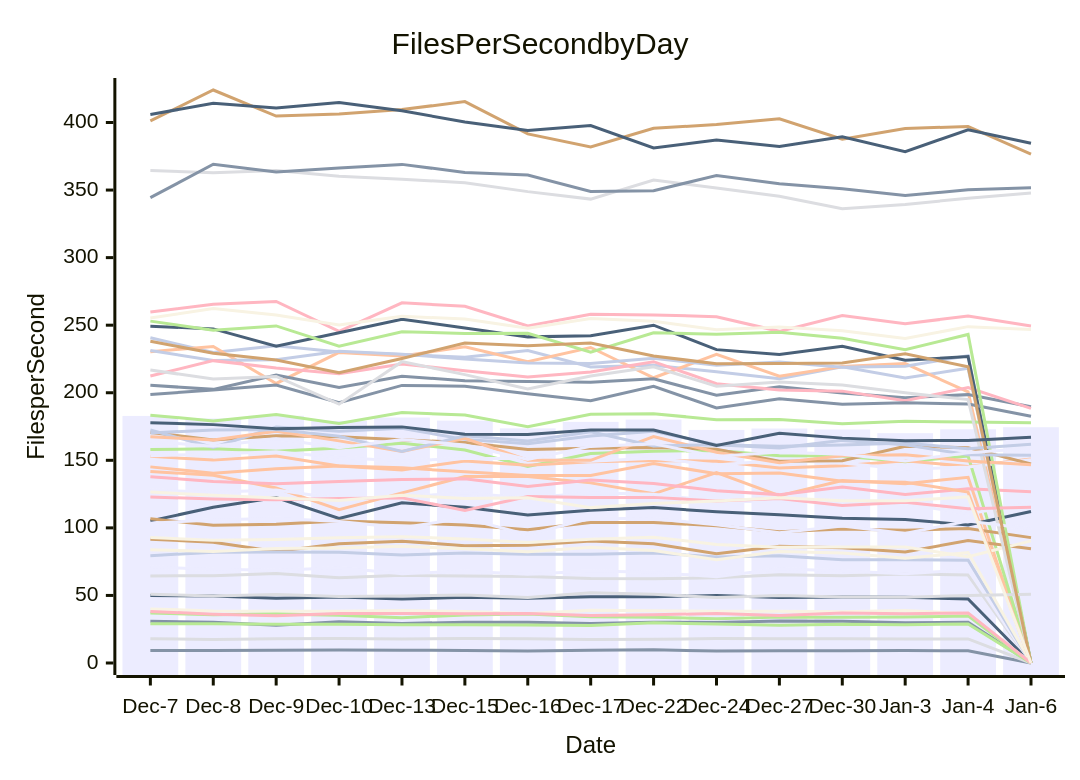
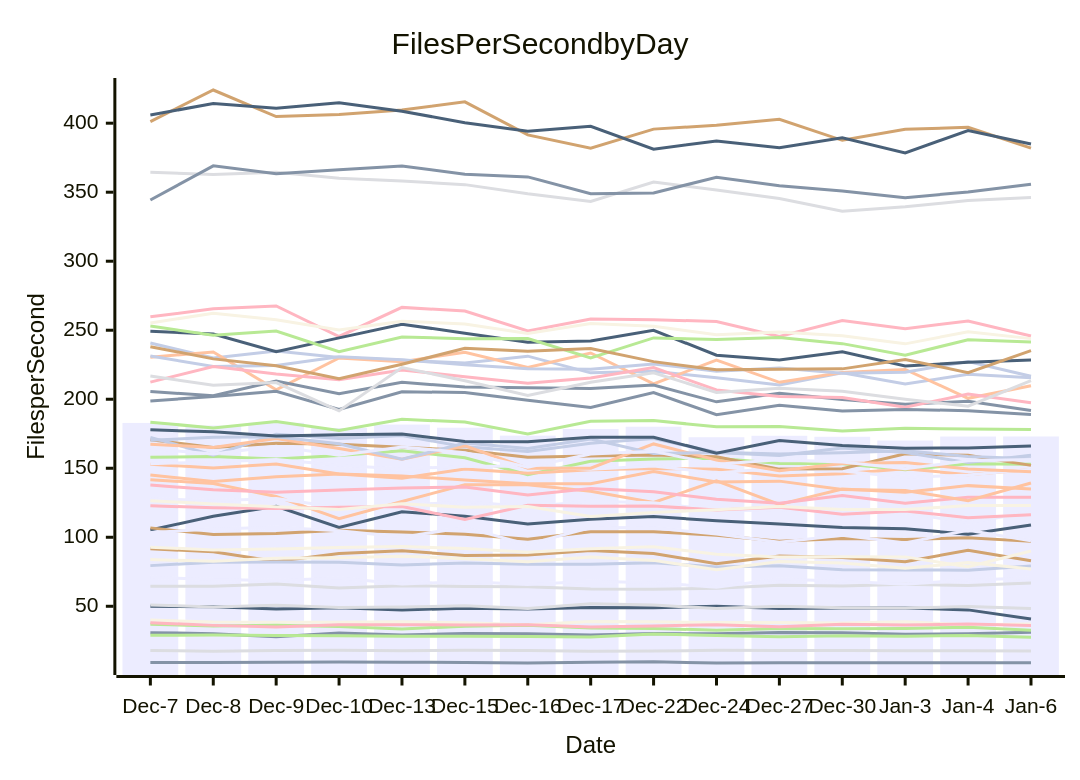
Before and after one commit to streetsidesoftware/cspell: the diagram in perf-report.md, drawn with Mermaid. The commit also changed other lines of this file and 1 other file, not shown here.

````diff
--- a/perf-report.md
+++ b/perf-report.md
@@ -10,57 +10,57 @@
 ```mermaid
 xychart-beta
     title Files Per Second by Day
     y-axis Files per Second
     x-axis Date [Dec-7, Dec-8, Dec-9, Dec-10, Dec-13, Dec-15, Dec-16, Dec-17, Dec-22, Dec-24, Dec-27, Dec-30, Jan-3, Jan-4, Jan-6]
-    bar [182.83, 180.95, 182.95, 179.19, 181.65, 179.36, 173.64, 178.43, 180.09, 172.48, 173.54, 172.79, 170.07, 172.98, 174.50]
-    line [9.24, 9.33, 9.47, 9.61, 9.47, 9.27, 8.94, 9.45, 9.78, 8.90, 9.07, 9.12, 9.16, 9.11, 0.00]
-    line [141.72, 138.92, 129.58, 113.42, 125.88, 138.00, 137.98, 133.31, 125.20, 140.89, 123.76, 134.99, 132.64, 137.41, 0.00]
-    line [64.46, 64.51, 66.15, 63.18, 64.91, 64.35, 64.10, 62.51, 62.39, 63.01, 65.26, 64.66, 65.89, 65.11, 0.00]
-    line [157.97, 158.53, 156.72, 159.18, 162.67, 157.64, 145.39, 155.01, 156.77, 157.19, 153.46, 153.21, 148.91, 153.20, 0.00]
-    line [401.19, 424.05, 404.78, 406.35, 409.54, 415.50, 391.53, 381.89, 395.71, 398.52, 402.79, 387.60, 395.60, 397.05, 376.56]
-    line [240.69, 229.87, 234.86, 230.17, 228.31, 226.27, 231.21, 219.13, 220.31, 215.56, 210.39, 219.17, 210.98, 218.13, 0.00]
-    line [137.92, 134.36, 132.66, 134.27, 135.78, 136.38, 130.55, 135.39, 132.89, 127.54, 124.61, 130.19, 124.72, 128.97, 126.66]
-    line [49.98, 49.59, 47.97, 48.84, 47.30, 48.59, 47.94, 49.07, 48.96, 49.98, 48.46, 48.82, 48.74, 47.38, 0.00]
-    line [39.98, 38.54, 38.36, 38.36, 38.81, 38.12, 36.63, 38.97, 38.70, 38.32, 38.26, 37.85, 38.77, 36.54, 0.00]
-    line [71.06, 69.32, 68.69, 70.43, 66.11, 67.91, 65.71, 68.06, 67.11, 63.78, 69.83, 68.15, 65.99, 69.11, 0.00]
-    line [30.89, 30.17, 27.90, 30.55, 29.22, 30.21, 30.10, 29.27, 30.24, 30.04, 30.99, 30.88, 29.79, 30.12, 0.00]
-    line [230.39, 234.25, 206.87, 229.87, 227.19, 234.07, 222.96, 233.49, 211.10, 228.39, 212.27, 219.38, 221.60, 200.66, 0.00]
-    line [17.91, 17.46, 17.89, 18.13, 17.78, 18.13, 17.93, 17.37, 17.53, 18.08, 17.97, 17.93, 17.83, 17.83, 0.00]
-    line [36.91, 35.78, 36.33, 35.41, 33.56, 35.56, 36.21, 34.19, 33.89, 32.69, 33.95, 33.78, 33.96, 34.86, 0.00]
-    line [91.60, 89.44, 82.46, 88.30, 90.18, 86.83, 87.07, 90.37, 88.26, 80.81, 86.47, 85.34, 82.22, 90.61, 84.63]
-    line [231.28, 223.81, 224.38, 230.73, 228.56, 225.00, 222.02, 221.71, 225.51, 220.33, 222.69, 218.79, 219.63, 227.40, 0.00]
-    line [259.75, 265.50, 267.60, 245.47, 266.55, 263.96, 249.42, 258.13, 257.62, 256.30, 245.45, 257.10, 251.12, 256.72, 249.32]
-    line [105.20, 115.20, 122.48, 107.06, 118.54, 115.18, 109.59, 113.00, 115.03, 111.88, 109.68, 107.07, 106.25, 102.14, 112.15]
-    line [92.84, 90.85, 91.43, 92.60, 93.37, 91.85, 89.18, 91.59, 93.06, 87.76, 85.72, 85.81, 85.78, 78.64, 90.39]
-    line [127.97, 126.37, 128.11, 121.50, 122.96, 125.85, 122.14, 126.07, 124.95, 119.60, 119.43, 120.64, 117.82, 110.33, 118.61]
-    line [205.55, 202.50, 213.14, 203.97, 212.22, 208.88, 208.37, 207.77, 210.28, 198.12, 204.40, 199.78, 196.30, 198.61, 189.65]
-    line [152.95, 150.14, 153.13, 145.78, 142.78, 149.53, 146.32, 148.93, 149.89, 149.32, 144.39, 145.93, 149.70, 145.36, 151.05]
-    line [364.48, 362.78, 364.44, 360.18, 358.05, 355.49, 348.84, 343.31, 357.38, 351.53, 345.39, 336.17, 339.40, 343.93, 347.87]
-    line [183.39, 179.18, 183.86, 177.29, 185.44, 183.45, 174.84, 184.02, 184.52, 180.06, 180.25, 176.99, 178.92, 178.38, 177.88]
-    line [106.80, 101.95, 102.69, 105.10, 103.83, 102.19, 98.64, 104.01, 104.04, 101.53, 97.16, 99.08, 98.33, 99.60, 92.79]
-    line [79.45, 81.95, 82.06, 81.96, 79.96, 81.37, 80.53, 80.51, 81.49, 78.49, 79.44, 76.50, 76.34, 76.08, 0.00]
-    line [212.41, 223.76, 218.34, 214.11, 221.23, 216.34, 211.66, 215.40, 222.98, 206.68, 202.06, 201.20, 194.13, 203.79, 188.38]
-    line [249.28, 247.23, 234.36, 244.44, 254.37, 247.88, 241.35, 242.19, 249.98, 231.90, 228.38, 234.40, 224.05, 226.75, 0.00]
-    line [83.80, 82.54, 84.79, 85.17, 86.33, 84.51, 82.32, 85.67, 83.25, 76.44, 82.43, 81.41, 77.52, 81.68, 0.00]
-    line [153.33, 154.58, 156.25, 152.15, 149.54, 151.43, 151.38, 149.35, 151.56, 146.50, 150.10, 148.04, 143.32, 145.06, 150.39]
-    line [198.75, 201.98, 205.78, 192.58, 205.45, 204.82, 199.34, 194.10, 204.78, 188.75, 195.62, 191.45, 192.64, 191.68, 182.61]
-    line [145.14, 140.38, 143.82, 145.78, 144.45, 141.51, 138.80, 138.75, 147.65, 140.01, 140.67, 134.58, 133.84, 126.46, 0.00]
-    line [216.82, 210.15, 212.06, 191.55, 223.01, 213.39, 202.82, 212.32, 219.19, 204.86, 207.97, 205.76, 199.93, 194.96, 0.00]
-    line [253.00, 246.33, 249.46, 234.43, 245.12, 243.88, 243.97, 230.01, 244.43, 243.32, 244.74, 240.28, 231.82, 243.15, 0.00]
-    line [170.66, 165.03, 168.12, 167.40, 165.15, 163.12, 158.04, 158.90, 159.56, 158.26, 149.38, 149.63, 160.44, 159.38, 147.22]
-    line [172.41, 159.51, 174.62, 171.51, 173.65, 165.49, 162.20, 168.07, 171.52, 161.55, 160.38, 161.25, 162.72, 158.59, 161.86]
-    line [122.77, 121.45, 120.76, 121.79, 122.20, 112.97, 123.23, 122.39, 122.57, 119.82, 121.66, 116.64, 119.03, 114.16, 115.18]
-    line [405.98, 414.20, 410.80, 414.80, 408.65, 400.36, 394.11, 397.72, 381.16, 387.10, 382.18, 389.40, 378.43, 394.66, 384.58]
-    line [255.24, 262.31, 257.60, 250.13, 256.58, 254.55, 247.67, 254.88, 252.93, 246.70, 248.73, 245.95, 240.13, 248.92, 246.75]
-    line [103.46, 105.91, 107.21, 104.66, 100.11, 107.13, 94.87, 107.05, 106.83, 102.33, 96.35, 101.39, 95.92, 105.11, 99.13]
-    line [344.39, 369.08, 363.46, 366.29, 369.00, 363.03, 361.09, 348.96, 349.43, 360.81, 354.60, 350.95, 345.98, 350.21, 351.65]
-    line [167.47, 165.08, 171.54, 164.38, 156.51, 166.27, 150.03, 149.99, 167.61, 155.99, 148.15, 153.37, 154.17, 149.42, 146.76]
-    line [50.97, 49.51, 50.73, 49.15, 49.54, 50.29, 48.39, 51.90, 50.84, 48.41, 49.94, 48.88, 48.70, 49.88, 50.86]
-    line [29.09, 29.10, 28.75, 28.65, 28.35, 28.26, 28.09, 27.81, 29.86, 28.77, 27.94, 28.71, 28.29, 28.89, 0.00]
-    line [238.08, 229.24, 224.19, 214.79, 225.36, 236.86, 234.70, 236.77, 227.25, 221.39, 221.64, 222.00, 228.77, 219.30, 0.00]
-    line [170.29, 172.44, 172.82, 167.78, 156.48, 168.20, 164.35, 171.17, 160.66, 161.47, 159.18, 164.75, 161.43, 154.09, 153.81]
-    line [38.11, 36.16, 34.90, 36.59, 36.61, 36.51, 36.62, 35.07, 35.79, 36.55, 35.09, 36.98, 36.38, 37.08, 0.00]
-    line [177.85, 176.41, 173.41, 174.24, 174.74, 169.36, 169.15, 172.44, 172.46, 160.97, 170.04, 166.42, 164.47, 164.70, 167.15]
-    line [126.51, 124.16, 122.14, 120.17, 124.20, 121.82, 122.30, 114.99, 117.98, 119.98, 122.26, 120.11, 120.07, 122.96, 0.00]
-    line [164.08, 160.40, 166.00, 159.37, 165.42, 161.29, 150.68, 160.30, 162.32, 152.82, 156.10, 154.49, 149.59, 155.51, 158.84]
+    bar [182.83, 180.95, 182.95, 179.19, 181.65, 179.36, 173.64, 178.43, 180.09, 172.48, 173.54, 172.79, 170.07, 172.98, 173.02]
+    line [9.24, 9.33, 9.47, 9.61, 9.47, 9.27, 8.94, 9.45, 9.78, 8.90, 9.07, 9.12, 9.16, 9.11, 9.08]
+    line [141.72, 138.92, 129.58, 113.42, 125.88, 138.00, 137.98, 133.31, 125.20, 140.89, 123.76, 134.99, 132.64, 137.41, 135.02]
+    line [64.46, 64.51, 66.15, 63.18, 64.91, 64.35, 64.10, 62.51, 62.39, 63.01, 65.26, 64.66, 65.89, 65.11, 66.85]
+    line [157.97, 158.53, 156.72, 159.18, 162.67, 157.64, 145.39, 155.01, 156.77, 157.19, 153.46, 153.21, 148.91, 153.20, 152.97]
+    line [401.19, 424.05, 404.78, 406.35, 409.54, 415.50, 391.53, 381.89, 395.71, 398.52, 402.79, 387.60, 395.60, 397.05, 381.93]
+    line [240.69, 229.87, 234.86, 230.17, 228.31, 226.27, 231.21, 219.13, 220.31, 215.56, 210.39, 219.17, 210.98, 218.13, 215.49]
+    line [137.92, 134.36, 132.66, 134.27, 135.78, 136.38, 130.55, 135.39, 132.89, 127.54, 124.61, 130.19, 124.72, 128.97, 128.93]
+    line [49.98, 49.59, 47.97, 48.84, 47.30, 48.59, 47.94, 49.07, 48.96, 49.98, 48.46, 48.82, 48.74, 47.38, 40.74]
+    line [39.98, 38.54, 38.36, 38.36, 38.81, 38.12, 36.63, 38.97, 38.70, 38.32, 38.26, 37.85, 38.77, 36.54, 37.24]
+    line [71.06, 69.32, 68.69, 70.43, 66.11, 67.91, 65.71, 68.06, 67.11, 63.78, 69.83, 68.15, 65.99, 69.11, 70.50]
+    line [30.89, 30.17, 27.90, 30.55, 29.22, 30.21, 30.10, 29.27, 30.24, 30.04, 30.99, 30.88, 29.79, 30.12, 31.18]
+    line [230.39, 234.25, 206.87, 229.87, 227.19, 234.07, 222.96, 233.49, 211.10, 228.39, 212.27, 219.38, 221.60, 200.66, 209.82]
+    line [17.91, 17.46, 17.89, 18.13, 17.78, 18.13, 17.93, 17.37, 17.53, 18.08, 17.97, 17.93, 17.83, 17.83, 17.57]
+    line [36.91, 35.78, 36.33, 35.41, 33.56, 35.56, 36.21, 34.19, 33.89, 32.69, 33.95, 33.78, 33.96, 34.86, 32.68]
+    line [91.60, 89.44, 82.46, 88.30, 90.18, 86.83, 87.07, 90.37, 88.26, 80.81, 86.47, 85.34, 82.22, 90.61, 83.00]
+    line [231.28, 223.81, 224.38, 230.73, 228.56, 225.00, 222.02, 221.71, 225.51, 220.33, 222.69, 218.79, 219.63, 227.40, 216.61]
+    line [259.75, 265.50, 267.60, 245.47, 266.55, 263.96, 249.42, 258.13, 257.62, 256.30, 245.45, 257.10, 251.12, 256.72, 245.83]
+    line [105.20, 115.20, 122.48, 107.06, 118.54, 115.18, 109.59, 113.00, 115.03, 111.88, 109.68, 107.07, 106.25, 102.14, 108.92]
+    line [92.84, 90.85, 91.43, 92.60, 93.37, 91.85, 89.18, 91.59, 93.06, 87.76, 85.72, 85.81, 85.78, 78.64, 90.03]
+    line [127.97, 126.37, 128.11, 121.50, 122.96, 125.85, 122.14, 126.07, 124.95, 119.60, 119.43, 120.64, 117.82, 110.33, 118.55]
+    line [205.55, 202.50, 213.14, 203.97, 212.22, 208.88, 208.37, 207.77, 210.28, 198.12, 204.40, 199.78, 196.30, 198.61, 191.87]
+    line [152.95, 150.14, 153.13, 145.78, 142.78, 149.53, 146.32, 148.93, 149.89, 149.32, 144.39, 145.93, 149.70, 145.36, 149.15]
+    line [364.48, 362.78, 364.44, 360.18, 358.05, 355.49, 348.84, 343.31, 357.38, 351.53, 345.39, 336.17, 339.40, 343.93, 346.25]
+    line [183.39, 179.18, 183.86, 177.29, 185.44, 183.45, 174.84, 184.02, 184.52, 180.06, 180.25, 176.99, 178.92, 178.38, 178.01]
+    line [106.80, 101.95, 102.69, 105.10, 103.83, 102.19, 98.64, 104.01, 104.04, 101.53, 97.16, 99.08, 98.33, 99.60, 97.02]
+    line [79.45, 81.95, 82.06, 81.96, 79.96, 81.37, 80.53, 80.51, 81.49, 78.49, 79.44, 76.50, 76.34, 76.08, 79.19]
+    line [212.41, 223.76, 218.34, 214.11, 221.23, 216.34, 211.66, 215.40, 222.98, 206.68, 202.06, 201.20, 194.13, 203.79, 197.50]
+    line [249.28, 247.23, 234.36, 244.44, 254.37, 247.88, 241.35, 242.19, 249.98, 231.90, 228.38, 234.40, 224.05, 226.75, 228.39]
+    line [83.80, 82.54, 84.79, 85.17, 86.33, 84.51, 82.32, 85.67, 83.25, 76.44, 82.43, 81.41, 77.52, 81.68, 77.08]
+    line [153.33, 154.58, 156.25, 152.15, 149.54, 151.43, 151.38, 149.35, 151.56, 146.50, 150.10, 148.04, 143.32, 145.06, 149.23]
+    line [198.75, 201.98, 205.78, 192.58, 205.45, 204.82, 199.34, 194.10, 204.78, 188.75, 195.62, 191.45, 192.64, 191.68, 188.86]
+    line [145.14, 140.38, 143.82, 145.78, 144.45, 141.51, 138.80, 138.75, 147.65, 140.01, 140.67, 134.58, 133.84, 126.46, 139.33]
+    line [216.82, 210.15, 212.06, 191.55, 223.01, 213.39, 202.82, 212.32, 219.19, 204.86, 207.97, 205.76, 199.93, 194.96, 213.42]
+    line [253.00, 246.33, 249.46, 234.43, 245.12, 243.88, 243.97, 230.01, 244.43, 243.32, 244.74, 240.28, 231.82, 243.15, 241.55]
+    line [170.66, 165.03, 168.12, 167.40, 165.15, 163.12, 158.04, 158.90, 159.56, 158.26, 149.38, 149.63, 160.44, 159.38, 152.08]
+    line [172.41, 159.51, 174.62, 171.51, 173.65, 165.49, 162.20, 168.07, 171.52, 161.55, 160.38, 161.25, 162.72, 158.59, 156.96]
+    line [122.77, 121.45, 120.76, 121.79, 122.20, 112.97, 123.23, 122.39, 122.57, 119.82, 121.66, 116.64, 119.03, 114.16, 116.28]
+    line [405.98, 414.20, 410.80, 414.80, 408.65, 400.36, 394.11, 397.72, 381.16, 387.10, 382.18, 389.40, 378.43, 394.66, 384.96]
+    line [255.24, 262.31, 257.60, 250.13, 256.58, 254.55, 247.67, 254.88, 252.93, 246.70, 248.73, 245.95, 240.13, 248.92, 243.92]
+    line [103.46, 105.91, 107.21, 104.66, 100.11, 107.13, 94.87, 107.05, 106.83, 102.33, 96.35, 101.39, 95.92, 105.11, 97.45]
+    line [344.39, 369.08, 363.46, 366.29, 369.00, 363.03, 361.09, 348.96, 349.43, 360.81, 354.60, 350.95, 345.98, 350.21, 355.76]
+    line [167.47, 165.08, 171.54, 164.38, 156.51, 166.27, 150.03, 149.99, 167.61, 155.99, 148.15, 153.37, 154.17, 149.42, 147.47]
+    line [50.97, 49.51, 50.73, 49.15, 49.54, 50.29, 48.39, 51.90, 50.84, 48.41, 49.94, 48.88, 48.70, 49.88, 48.38]
+    line [29.09, 29.10, 28.75, 28.65, 28.35, 28.26, 28.09, 27.81, 29.86, 28.77, 27.94, 28.71, 28.29, 28.89, 27.52]
+    line [238.08, 229.24, 224.19, 214.79, 225.36, 236.86, 234.70, 236.77, 227.25, 221.39, 221.64, 222.00, 228.77, 219.30, 235.23]
+    line [170.29, 172.44, 172.82, 167.78, 156.48, 168.20, 164.35, 171.17, 160.66, 161.47, 159.18, 164.75, 161.43, 154.09, 159.46]
+    line [38.11, 36.16, 34.90, 36.59, 36.61, 36.51, 36.62, 35.07, 35.79, 36.55, 35.09, 36.98, 36.38, 37.08, 36.03]
+    line [177.85, 176.41, 173.41, 174.24, 174.74, 169.36, 169.15, 172.44, 172.46, 160.97, 170.04, 166.42, 164.47, 164.70, 166.18]
+    line [126.51, 124.16, 122.14, 120.17, 124.20, 121.82, 122.30, 114.99, 117.98, 119.98, 122.26, 120.11, 120.07, 122.96, 123.10]
+    line [164.08, 160.40, 166.00, 159.37, 165.42, 161.29, 150.68, 160.30, 162.32, 152.82, 156.10, 154.49, 149.59, 155.51, 156.39]
 ```
````
